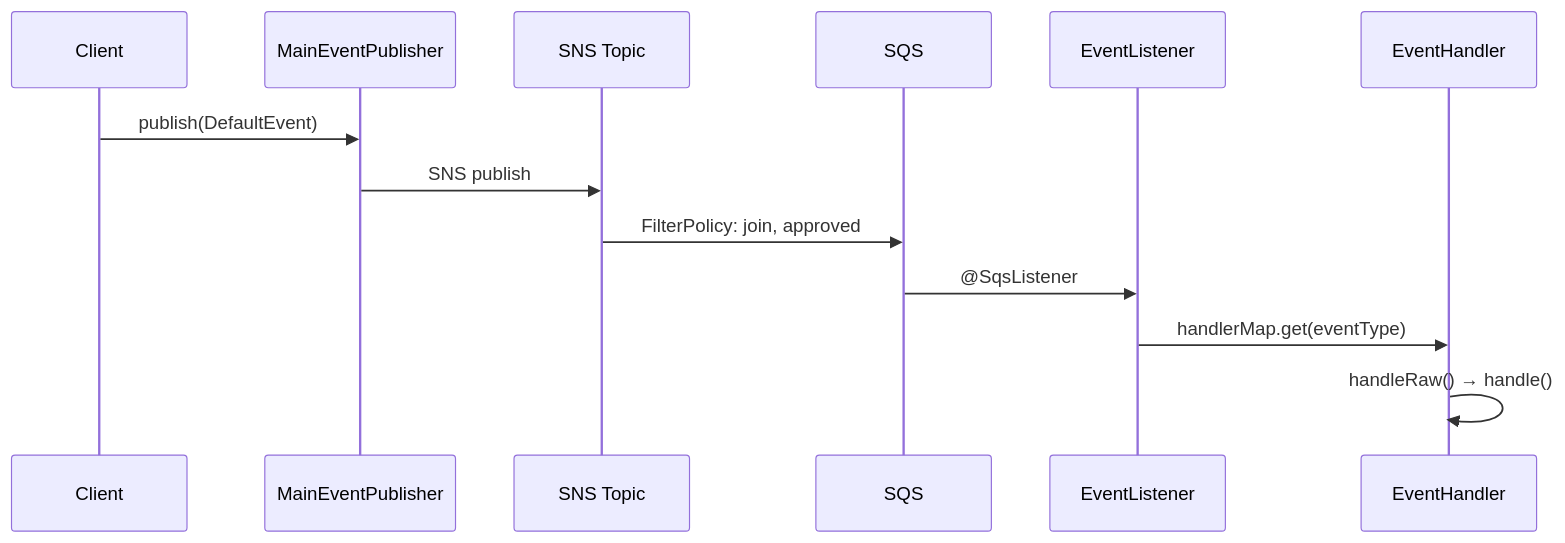
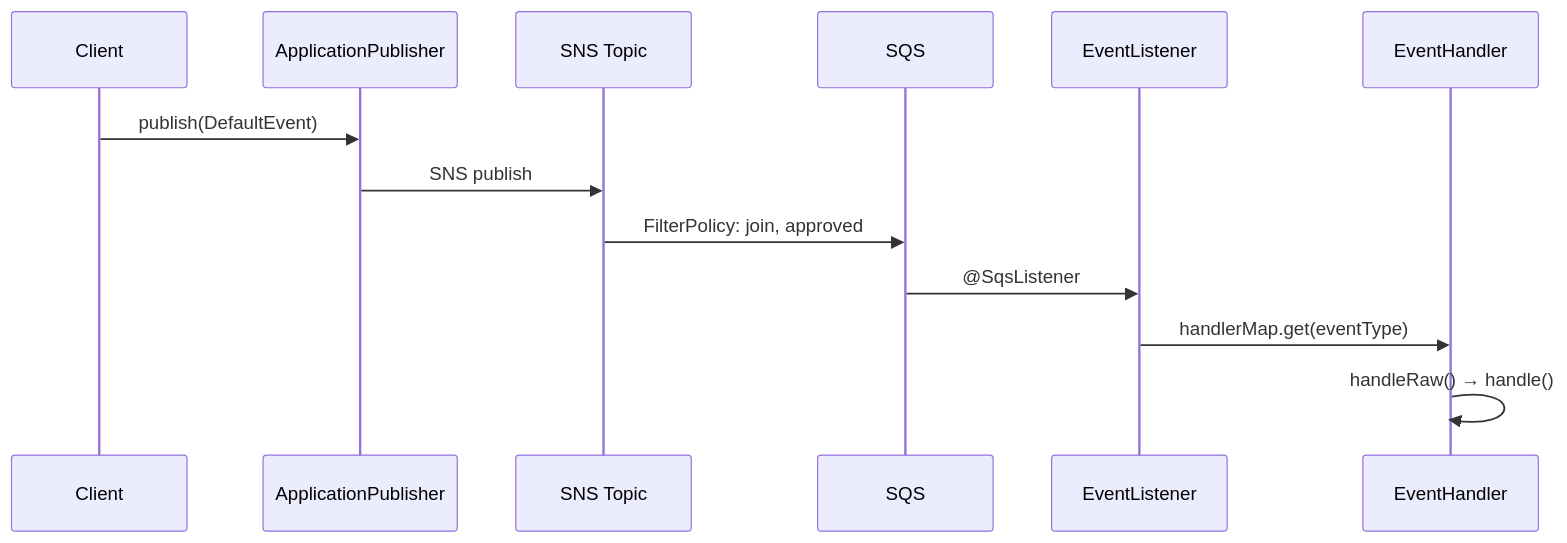
One commit to juno-choi/queue changed the diagram in README.md. Above: the diagram before and after it, drawn with Mermaid.

Commit message:
chore: README 수정

````diff
--- a/README.md
+++ b/README.md
@@ -9,20 +9,20 @@
 ```mermaid
 sequenceDiagram
     participant Client
-    participant Publisher as MainEventPublisher
+    participant Publisher as ApplicationPublisher
     participant SNS as SNS Topic
     participant SQS as SQS
     participant Listener as EventListener
     participant Handler as EventHandler
 
     Client->>Publisher: publish(DefaultEvent)
     Publisher->>SNS: SNS publish
 
     SNS->>SQS: FilterPolicy: join, approved
 
     SQS->>Listener: @SqsListener
 
     Listener->>Handler: handlerMap.get(eventType)
 
     Handler->>Handler: handleRaw() → handle()
 ```
````
